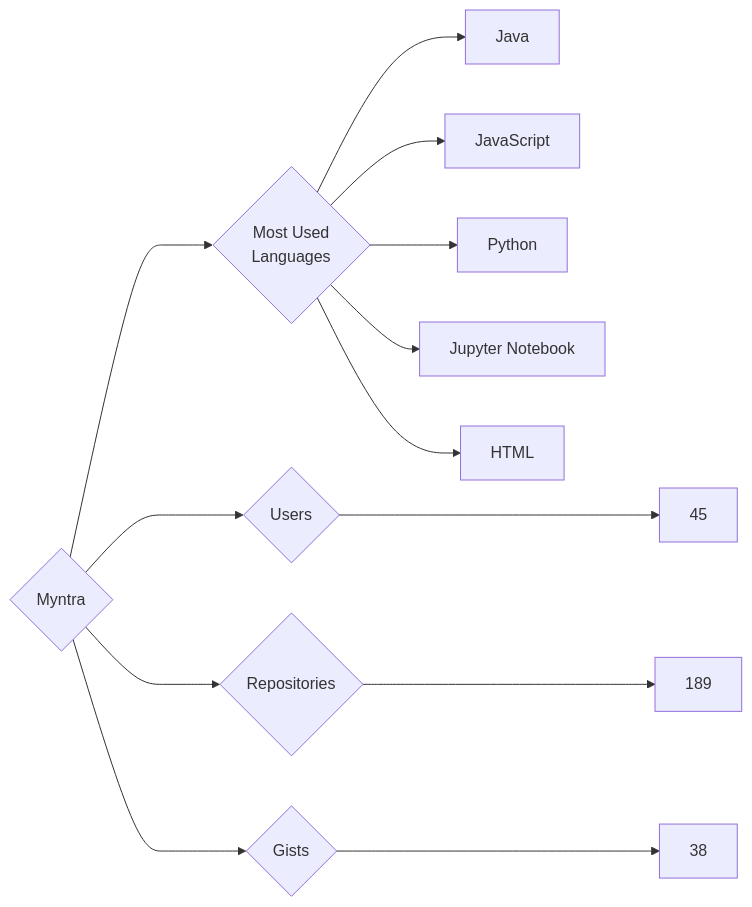
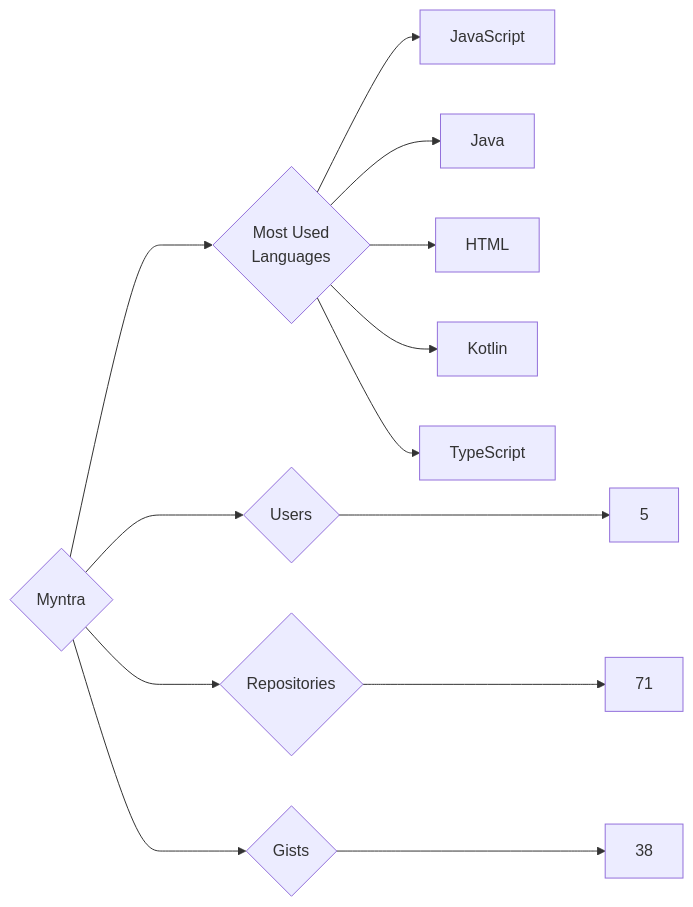
Before and after one commit to trickest/insiders: the diagram in targets/Myntra/README.md, drawn with Mermaid. The commit also changed 799 other files, not shown here.

````diff
--- a/targets/Myntra/README.md
+++ b/targets/Myntra/README.md
@@ -3,13 +3,13 @@
 ```mermaid
 graph LR
 COMPANY_NAME{Myntra}
-COMPANY_NAME ---> U{Users} ---> UN[45]
-COMPANY_NAME ---> R{Repositories} ---> RN[189]
+COMPANY_NAME ---> U{Users} ---> UN[5]
+COMPANY_NAME ---> R{Repositories} ---> RN[71]
 COMPANY_NAME ---> G{Gists} ---> GN[38]
 COMPANY_NAME ---> ML{Most Used<br>Languages}
+ML --> JavaScript[JavaScript]
 ML --> Java[Java]
-ML --> JavaScript[JavaScript]
-ML --> Python[Python]
-ML --> Jupyter_Notebook[Jupyter Notebook]
 ML --> HTML[HTML]
+ML --> Kotlin[Kotlin]
+ML --> TypeScript[TypeScript]
 ```
````
